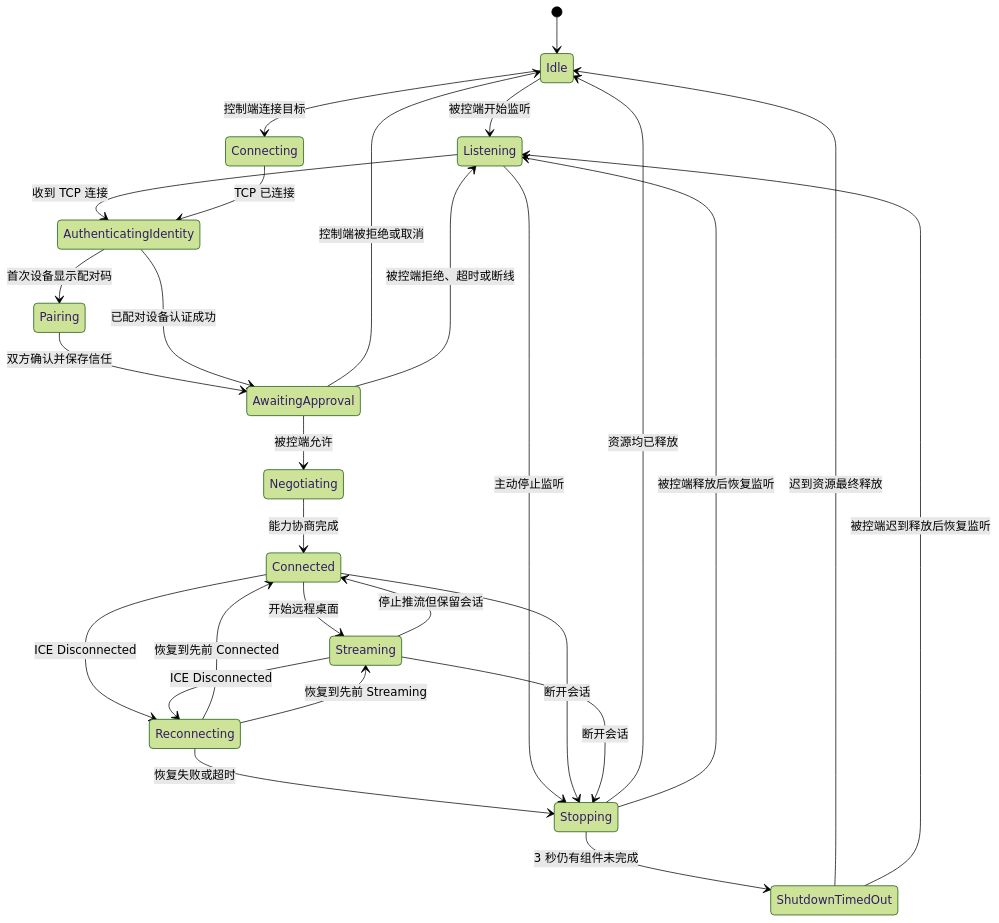
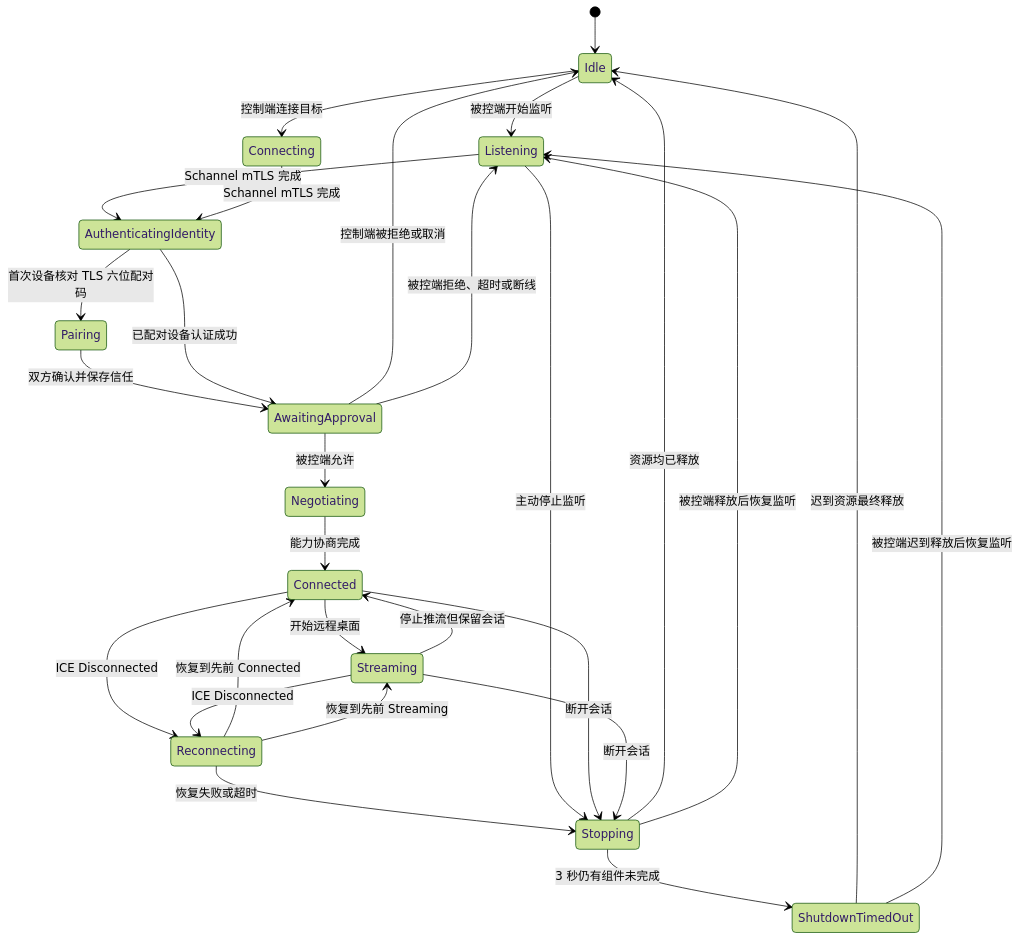
The first of 2 diagrams in docs/architecture/session-lifecycle.md (lyn-un/winRemoteControl), drawn with Mermaid (forest theme) before and after one commit. The commit also changed other lines of this file and 50 other files, not shown here.

Commit message:
feat: pair devices with Schannel TLS codes

````diff
--- a/docs/architecture/session-lifecycle.md
+++ b/docs/architecture/session-lifecycle.md
@@ -7,30 +7,30 @@
 ```mermaid
 stateDiagram-v2
     [*] --> Idle
     Idle --> Listening: 被控端开始监听
     Idle --> Connecting: 控制端连接目标
-    Listening --> AuthenticatingIdentity: 收到 TCP 连接
-    Connecting --> AuthenticatingIdentity: TCP 已连接
-    AuthenticatingIdentity --> Pairing: 首次设备显示配对码
+    Listening --> AuthenticatingIdentity: Schannel mTLS 完成
+    Connecting --> AuthenticatingIdentity: Schannel mTLS 完成
+    AuthenticatingIdentity --> Pairing: 首次设备核对 TLS 六位配对码
     Pairing --> AwaitingApproval: 双方确认并保存信任
     AuthenticatingIdentity --> AwaitingApproval: 已配对设备认证成功
     AwaitingApproval --> Negotiating: 被控端允许
     AwaitingApproval --> Idle: 控制端被拒绝或取消
     AwaitingApproval --> Listening: 被控端拒绝、超时或断线
     Negotiating --> Connected: 能力协商完成
     Connected --> Streaming: 开始远程桌面
     Streaming --> Connected: 停止推流但保留会话
     Connected --> Reconnecting: ICE Disconnected
     Streaming --> Reconnecting: ICE Disconnected
     Reconnecting --> Connected: 恢复到先前 Connected
     Reconnecting --> Streaming: 恢复到先前 Streaming
     Reconnecting --> Stopping: 恢复失败或超时
     Listening --> Stopping: 主动停止监听
     Connected --> Stopping: 断开会话
     Streaming --> Stopping: 断开会话
     Stopping --> Idle: 资源均已释放
     Stopping --> Listening: 被控端释放后恢复监听
     Stopping --> ShutdownTimedOut: 3 秒仍有组件未完成
     ShutdownTimedOut --> Idle: 迟到资源最终释放
     ShutdownTimedOut --> Listening: 被控端迟到释放后恢复监听
 ```
````
